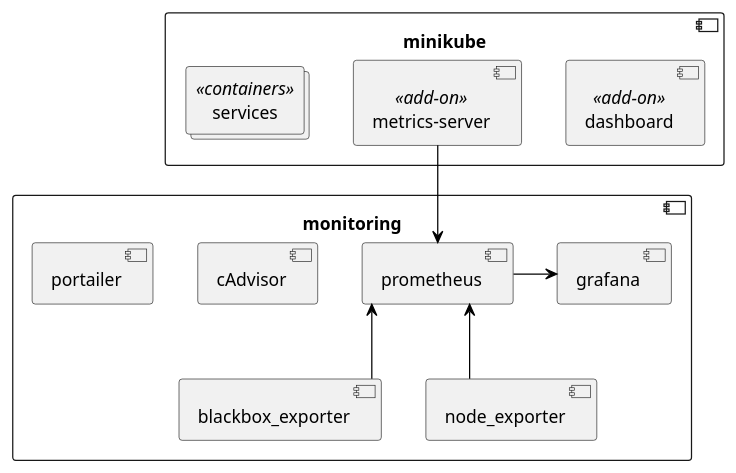
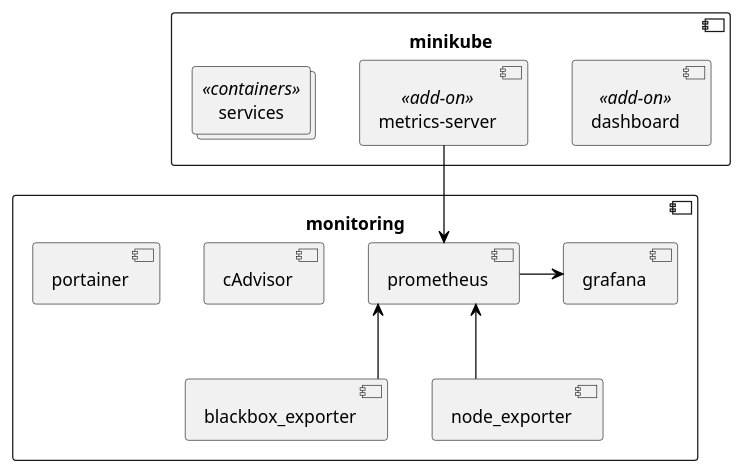
One commit to sebastian-sommerfeld-io/k8s-playground changed the diagram in docs/modules/ROOT/partials/README.adoc. Above: the diagram before and after it, drawn with PlantUML. The commit also changed other lines of this file and 2 other files, not shown here.

```diff
--- a/docs/modules/ROOT/partials/README.adoc
+++ b/docs/modules/ROOT/partials/README.adoc
@@ -20,39 +20,39 @@
 [plantuml, puml-build-image, svg]
 ----
 @startuml
 
 skinparam linetype ortho
 skinparam monochrome false
 skinparam componentStyle uml2
 skinparam backgroundColor #fff
 skinparam ArrowColor black
 skinparam NoteBorderColor Grey
 skinparam NoteBackgroundColor #fdfdfd
 skinparam defaultTextAlignment center
 skinparam activity {
 FontName Ubuntu
 }
 
 component minikube {
     component dashboard <<add-on>>
     component metrics_server as "metrics-server" <<add-on>>
     collections services <<containers>>
 }
 
 component monitoring {
     component prometheus
     component grafana
     component blackbox_exporter
     component node_exporter
     component cAdvisor
-    component portailer
+    component portainer
     
     prometheus -> grafana
     node_exporter -up-> prometheus
     blackbox_exporter -up-> prometheus
 }
 
 metrics_server -down-> prometheus
 
 @enduml
 ----
```
